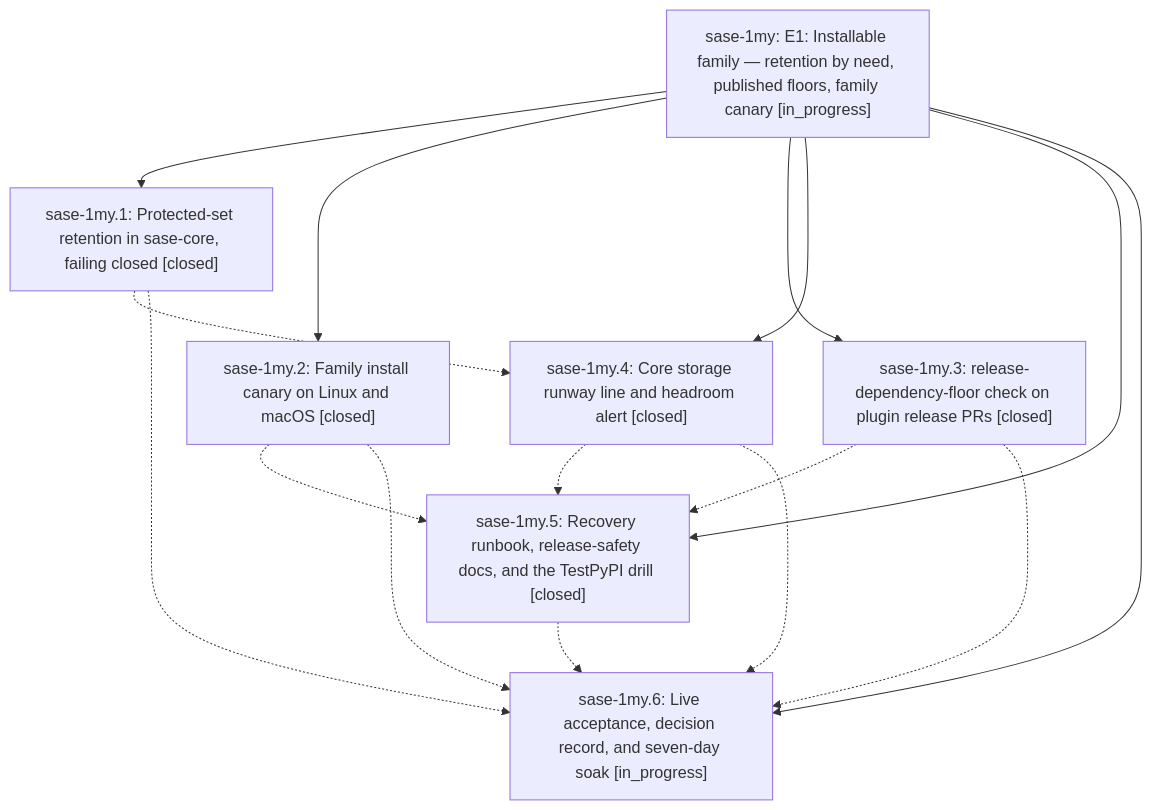
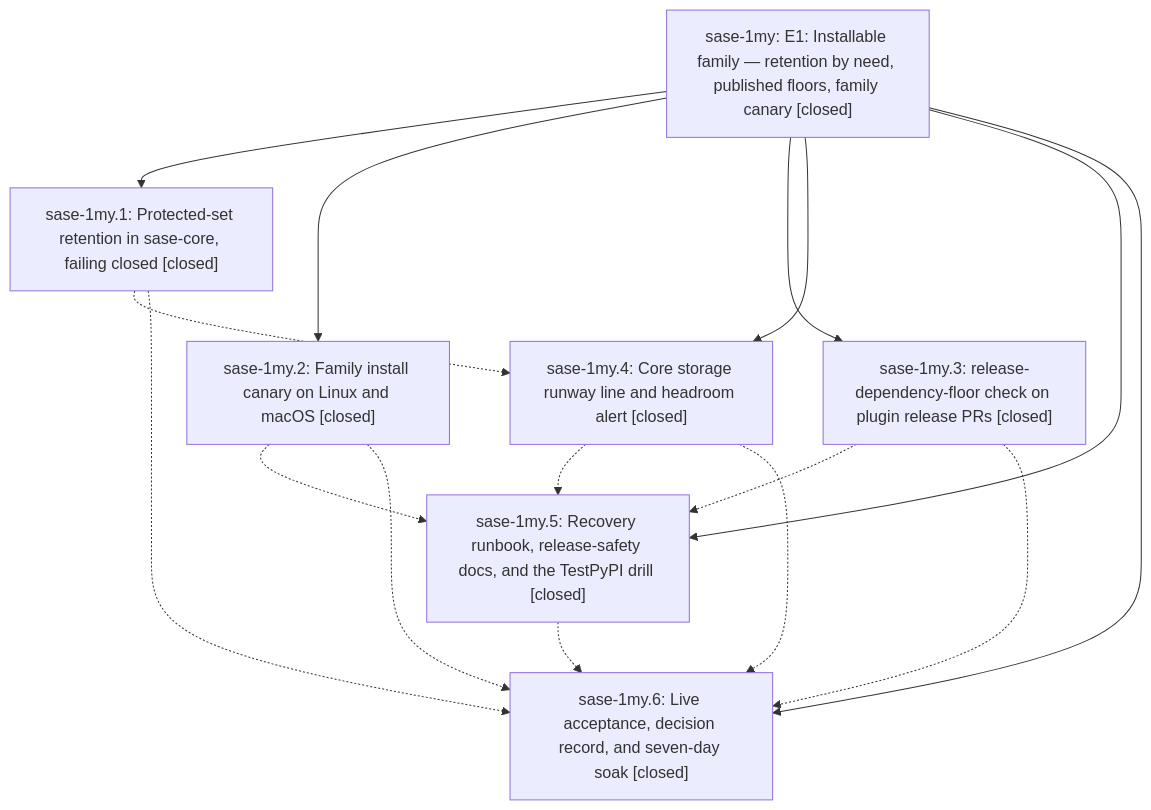
Before and after one commit to sase-org/sase--beads: the diagram in pages/sase-1my/README.md, drawn with Mermaid. The commit also changed other lines of this file and 6 other files, not shown here.

````diff
--- a/pages/sase-1my/README.md
+++ b/pages/sase-1my/README.md
@@ -45,25 +135,25 @@
 ```mermaid
 flowchart TD
-    n0["sase-1my: E1: Installable family — retention by need, published floors, family canary [in_progress]"]
+    n0["sase-1my: E1: Installable family — retention by need, published floors, family canary [closed]"]
     n1["sase-1my.1: Protected-set retention in sase-core, failing closed [closed]"]
     n2["sase-1my.2: Family install canary on Linux and macOS [closed]"]
     n3["sase-1my.3: release-dependency-floor check on plugin release PRs [closed]"]
     n4["sase-1my.4: Core storage runway line and headroom alert [closed]"]
     n5["sase-1my.5: Recovery runbook, release-safety docs, and the TestPyPI drill [closed]"]
-    n6["sase-1my.6: Live acceptance, decision record, and seven-day soak [in_progress]"]
+    n6["sase-1my.6: Live acceptance, decision record, and seven-day soak [closed]"]
     n0 --> n1
     n0 --> n2
     n0 --> n3
     n0 --> n4
     n0 --> n5
     n0 --> n6
     n1 -.-> n4
     n1 -.-> n6
     n2 -.-> n5
     n2 -.-> n6
     n3 -.-> n5
     n3 -.-> n6
     n4 -.-> n5
     n4 -.-> n6
     n5 -.-> n6
 ```
````
